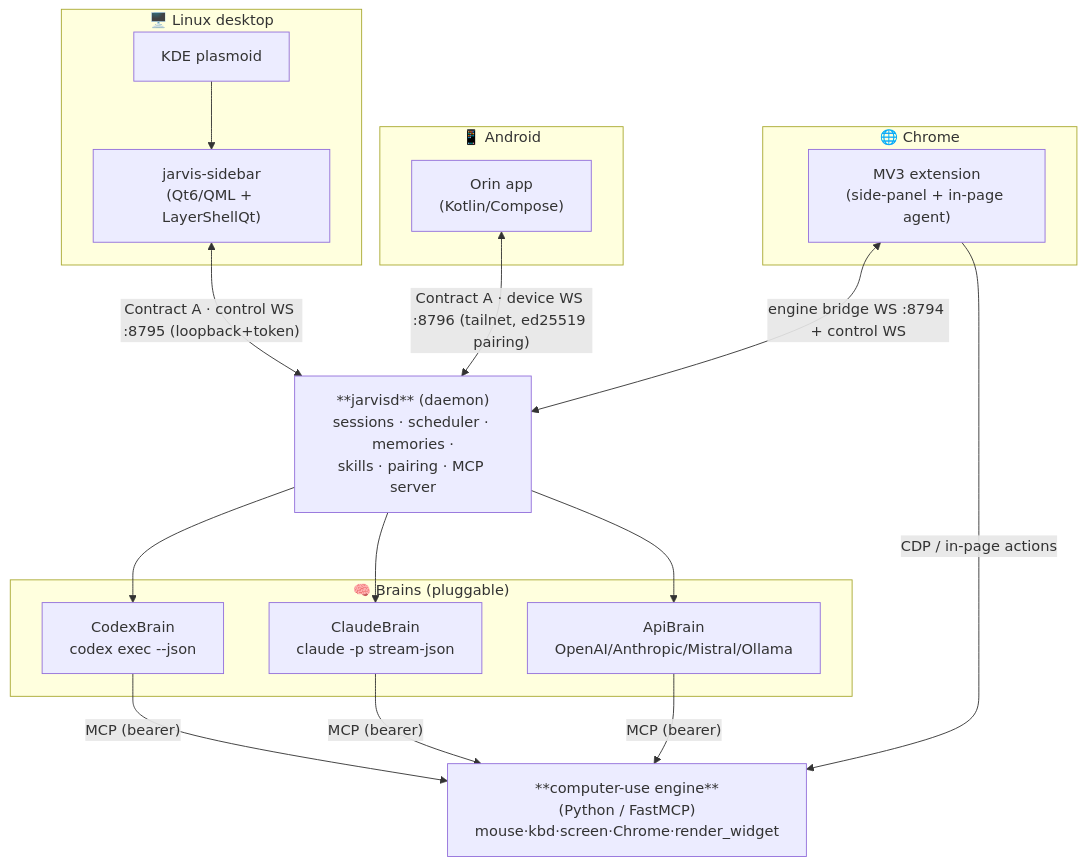
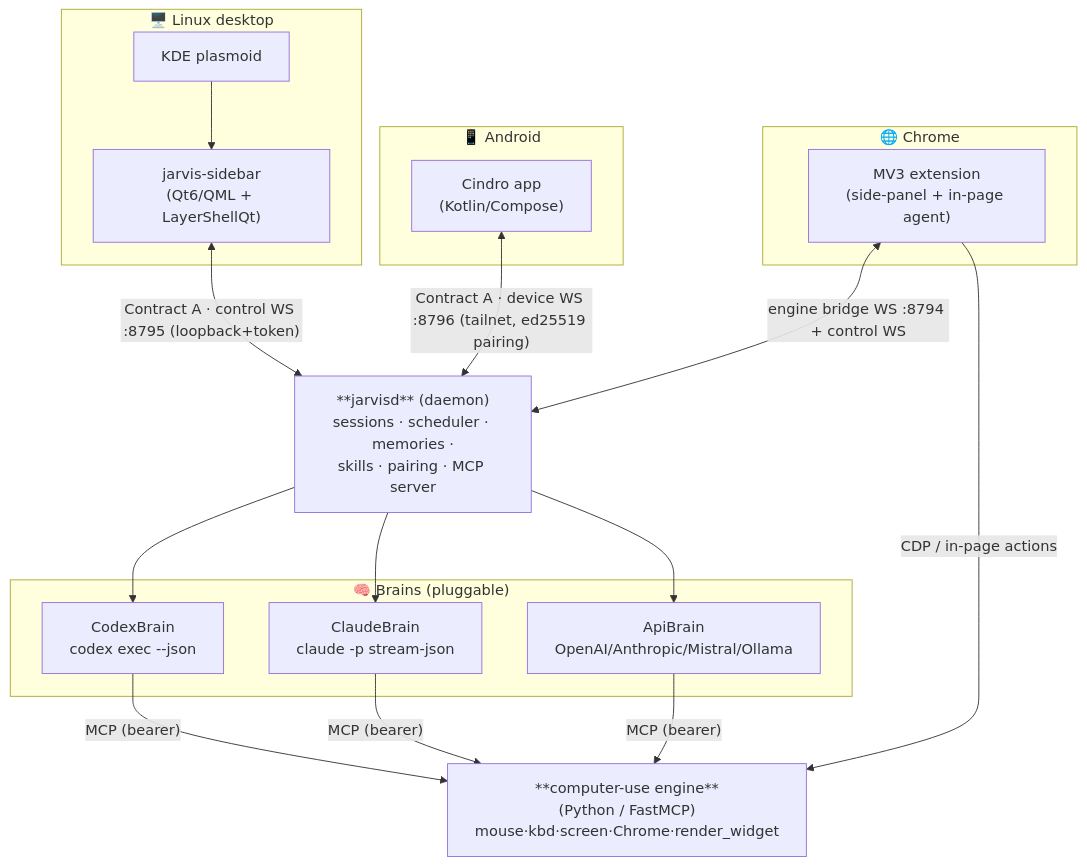
Before and after one commit to CrazyMan28/cindro: the diagram in README.md, drawn with Mermaid. The commit also changed other lines of this file and 187 other files, not shown here.

````diff
--- a/README.md
+++ b/README.md
@@ -80,31 +80,31 @@
 ```mermaid
 flowchart TD
     subgraph Desktop["🖥️  Linux desktop"]
         SB["jarvis-sidebar<br/>(Qt6/QML + LayerShellQt)"]
         KDE["KDE plasmoid"]
     end
     subgraph Phone["📱  Android"]
-        APP["Orin app<br/>(Kotlin/Compose)"]
+        APP["Cindro app<br/>(Kotlin/Compose)"]
     end
     subgraph Chrome["🌐  Chrome"]
         EXT["MV3 extension<br/>(side-panel + in-page agent)"]
     end
 
     DJ["**jarvisd** (daemon)<br/>sessions · scheduler · memories ·<br/>skills · pairing · MCP server"]
 
     subgraph Brains["🧠  Brains (pluggable)"]
         CX["CodexBrain<br/>codex exec --json"]
         CL["ClaudeBrain<br/>claude -p stream-json"]
         API["ApiBrain<br/>OpenAI/Anthropic/Mistral/Ollama"]
     end
 
     ENG["**computer-use engine**<br/>(Python / FastMCP)<br/>mouse·kbd·screen·Chrome·render_widget"]
 
     SB    <-->|"Contract A · control WS :8795 (loopback+token)"| DJ
     KDE   --> SB
     APP   <-->|"Contract A · device WS :8796 (tailnet, ed25519 pairing)"| DJ
     EXT   <-->|"engine bridge WS :8794 + control WS"| DJ
     DJ    --> CX & CL & API
     CX & CL & API -->|"MCP (bearer)"| ENG
     EXT   -->|"CDP / in-page actions"| ENG
 ```
````
